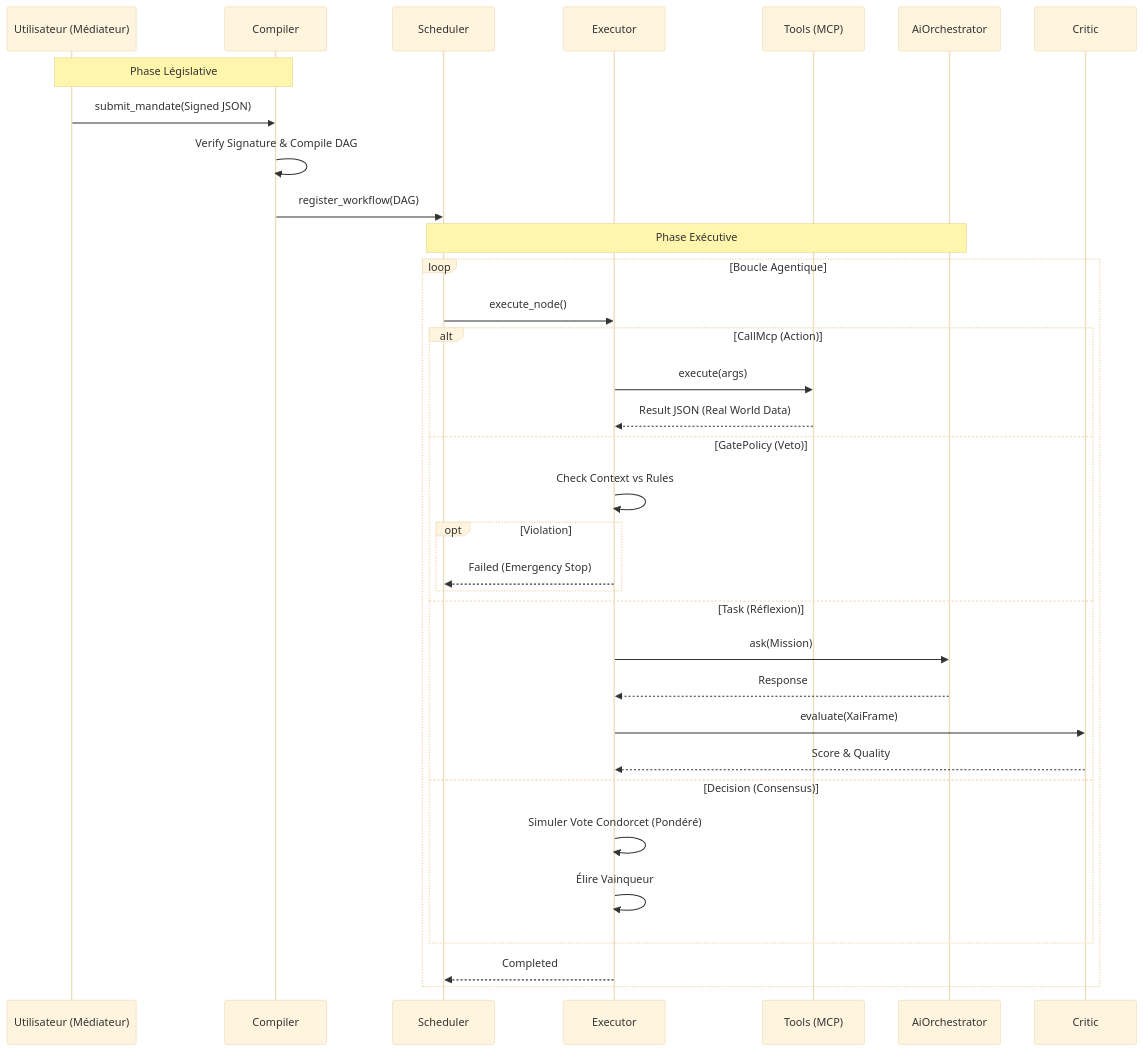
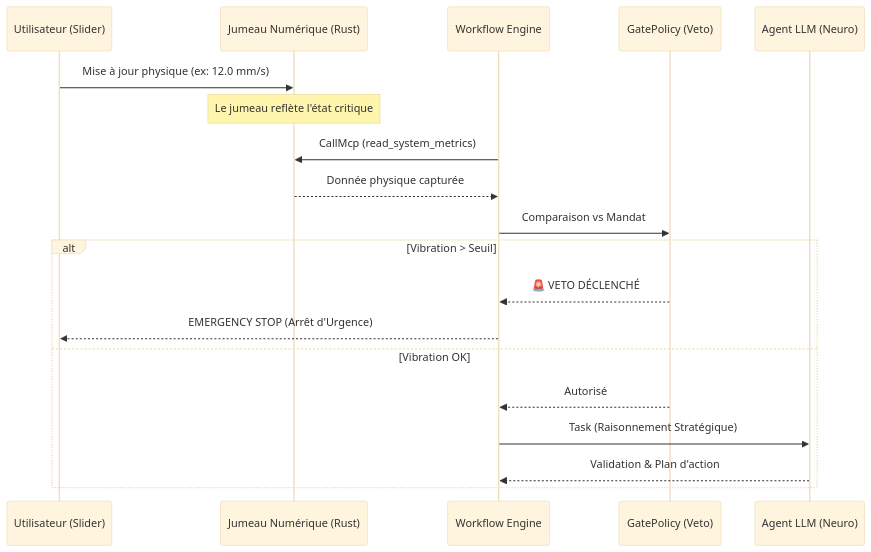
The first of 2 diagrams in src-tauri/src/workflow_engine/README.md (Condorcet-Continuum/raise), drawn with Mermaid (base theme) before and after one commit. The commit also changed other lines of this file and 24 other files, not shown here.

Commit message:
docs: finalize multilingual documentation and core architecture reference

````diff
--- a/src-tauri/src/workflow_engine/README.md
+++ b/src-tauri/src/workflow_engine/README.md
@@ -72,44 +43,23 @@
 ```mermaid
 sequenceDiagram
-    participant U as Utilisateur (Médiateur)
-    participant C as Compiler
-    participant S as Scheduler
-    participant E as Executor
-    participant T as Tools (MCP)
-    participant AI as AiOrchestrator
-    participant CR as Critic
+    participant U as Utilisateur (Slider)
+    participant DT as Jumeau Numérique (Rust)
+    participant WE as Workflow Engine
+    participant V as GatePolicy (Veto)
+    participant AI as Agent LLM (Neuro)
 
-    Note over U, C: Phase Législative
-    U->>C: submit_mandate(Signed JSON)
-    C->>C: Verify Signature & Compile DAG
-    C->>S: register_workflow(DAG)
-
-    Note over S, AI: Phase Exécutive
-    loop Boucle Agentique
-        S->>E: execute_node()
-
-        alt CallMcp (Action)
-            E->>T: execute(args)
-            T-->>E: Result JSON (Real World Data)
-
-        else GatePolicy (Veto)
-            E->>E: Check Context vs Rules
-            opt Violation
-                E-->>S: Failed (Emergency Stop)
-            end
-
-        else Task (Réflexion)
-            E->>AI: ask(Mission)
-            AI-->>E: Response
-            E->>CR: evaluate(XaiFrame)
-            CR-->>E: Score & Quality
-
-        else Decision (Consensus)
-            E->>E: Simuler Vote Condorcet (Pondéré)
-            E->>E: Élire Vainqueur
-        end
-
-        E-->>S: Completed
+    U->>DT: Mise à jour physique (ex: 12.0 mm/s)
+    Note over DT: Le jumeau reflète l'état critique
+    WE->>DT: CallMcp (read_system_metrics)
+    DT-->>WE: Donnée physique capturée
+    WE->>V: Comparaison vs Mandat
+    alt Vibration > Seuil
+        V-->>WE: 🚨 VETO DÉCLENCHÉ
+        WE-->>U: EMERGENCY STOP (Arrêt d'Urgence)
+    else Vibration OK
+        V-->>WE: Autorisé
+        WE->>AI: Task (Raisonnement Stratégique)
+        AI-->>WE: Validation & Plan d'action
     end
 
 ```
````
